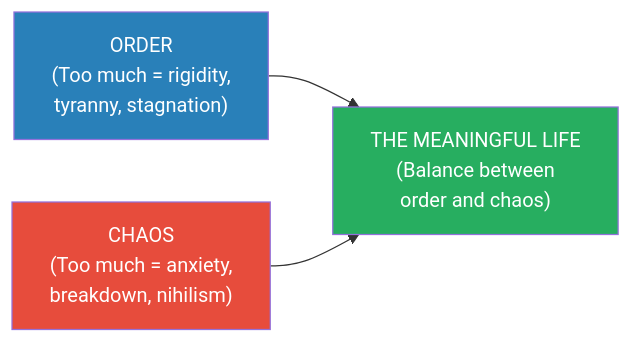
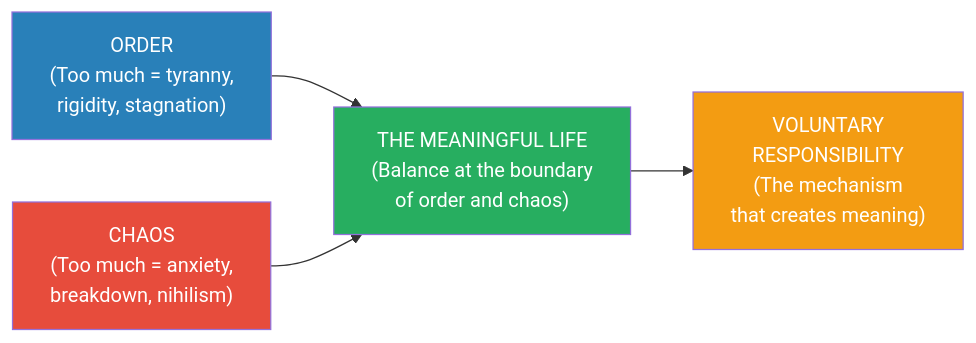
Before and after one commit to alius33/reader: the first of 8 diagrams in summaries/Mindset & Self-Mastery/12 Rules for Life - Jordan Peterson.md, drawn with Mermaid. The commit also changed other lines of this file and 272 other files, not shown here.

````diff
--- a/summaries/Mindset & Self-Mastery/12 Rules for Life - Jordan Peterson.md
+++ b/summaries/Mindset & Self-Mastery/12 Rules for Life - Jordan Peterson.md
@@ -37,8 +48,10 @@
 ```mermaid
 flowchart LR
-    A["ORDER\n(Too much = rigidity,\ntyranny, stagnation)"] --> C["THE MEANINGFUL LIFE\n(Balance between\norder and chaos)"]
-    B["CHAOS\n(Too much = anxiety,\nbreakdown, nihilism)"] --> C
+    A["ORDER<br>(Too much = tyranny,<br>rigidity, stagnation)"] --> C["THE MEANINGFUL LIFE<br>(Balance at the boundary<br>of order and chaos)"]
+    B["CHAOS<br>(Too much = anxiety,<br>breakdown, nihilism)"] --> C
+    C --> D["VOLUNTARY<br>RESPONSIBILITY<br>(The mechanism<br>that creates meaning)"]
     style A fill:#2980b9,color:#fff
     style B fill:#e74c3c,color:#fff
     style C fill:#27ae60,color:#fff
+    style D fill:#f39c12,color:#fff
 ```
````
